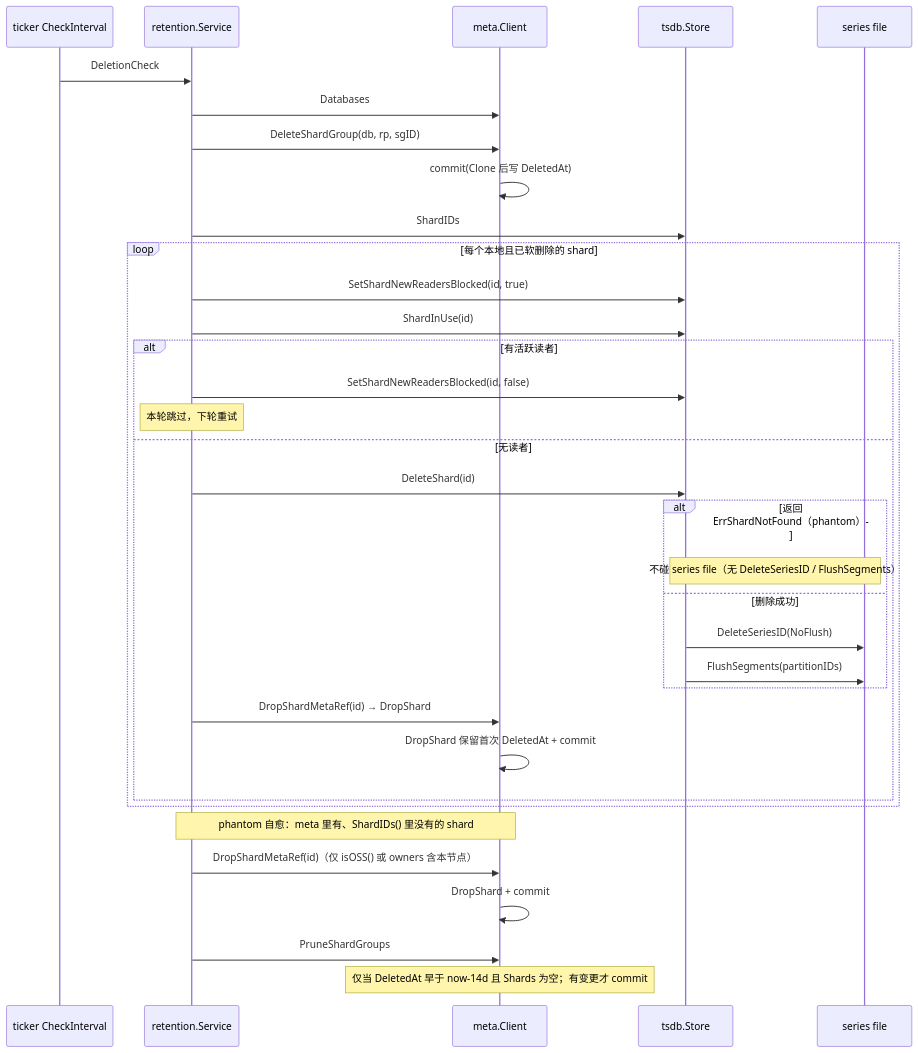
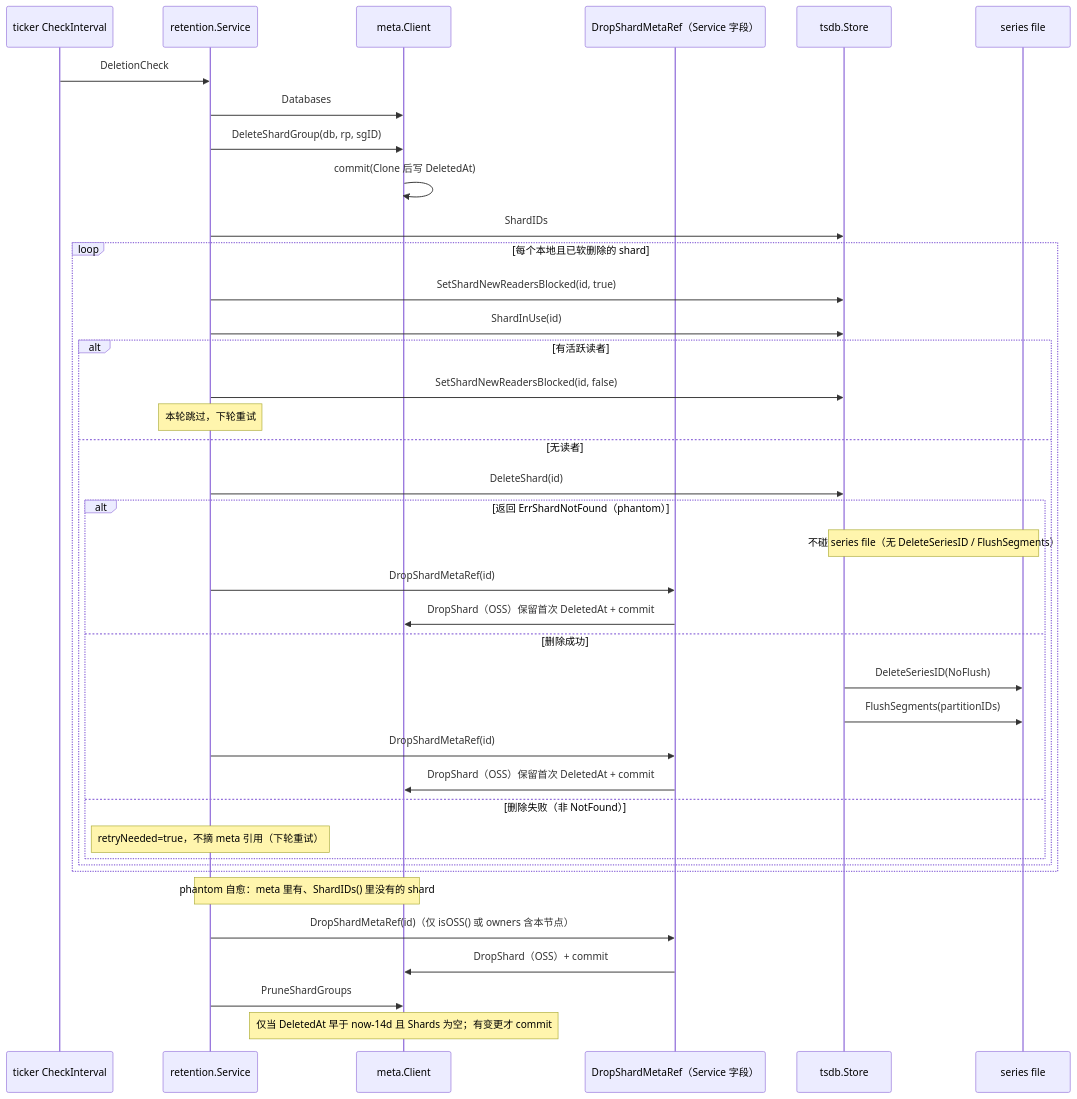
One commit to stefanv5/influxdb changed the second of 2 diagrams in docs/specs/v1.8.10-vs-v1.12.3/05_meta_background_diff.md. Above: the diagram before and after it, drawn with Mermaid. The commit also changed other lines of this file and 12 other files, not shown here.

````diff
--- a/docs/specs/v1.8.10-vs-v1.12.3/05_meta_background_diff.md
+++ b/docs/specs/v1.8.10-vs-v1.12.3/05_meta_background_diff.md
@@ -94,36 +95,41 @@
 ```mermaid
 sequenceDiagram
     participant T as ticker CheckInterval
     participant R as retention.Service
     participant M as meta.Client
+    participant DSM as DropShardMetaRef（Service 字段）
     participant S as tsdb.Store
     participant F as series file
     T->>R: DeletionCheck
     R->>M: Databases
     R->>M: DeleteShardGroup(db, rp, sgID)
     M->>M: commit(Clone 后写 DeletedAt)
     R->>S: ShardIDs
     loop 每个本地且已软删除的 shard
         R->>S: SetShardNewReadersBlocked(id, true)
         R->>S: ShardInUse(id)
         alt 有活跃读者
             R->>S: SetShardNewReadersBlocked(id, false)
             Note over R: 本轮跳过，下轮重试
         else 无读者
             R->>S: DeleteShard(id)
             alt 返回 ErrShardNotFound（phantom）
                 Note over S,F: 不碰 series file（无 DeleteSeriesID / FlushSegments）
+                R->>DSM: DropShardMetaRef(id)
+                DSM->>M: DropShard（OSS）保留首次 DeletedAt + commit
             else 删除成功
                 S->>F: DeleteSeriesID(NoFlush)
                 S->>F: FlushSegments(partitionIDs)
+                R->>DSM: DropShardMetaRef(id)
+                DSM->>M: DropShard（OSS）保留首次 DeletedAt + commit
+            else 删除失败（非 NotFound）
+                Note over R: retryNeeded=true，不摘 meta 引用（下轮重试）
             end
-            R->>M: DropShardMetaRef(id) → DropShard
-            M->>M: DropShard 保留首次 DeletedAt + commit
         end
     end
     Note over R,M: phantom 自愈：meta 里有、ShardIDs() 里没有的 shard
-    R->>M: DropShardMetaRef(id)（仅 isOSS() 或 owners 含本节点）
-    M->>M: DropShard + commit
+    R->>DSM: DropShardMetaRef(id)（仅 isOSS() 或 owners 含本节点）
+    DSM->>M: DropShard（OSS）+ commit
     R->>M: PruneShardGroups
     Note over M: 仅当 DeletedAt 早于 now-14d 且 Shards 为空；有变更才 commit
 ```
````
